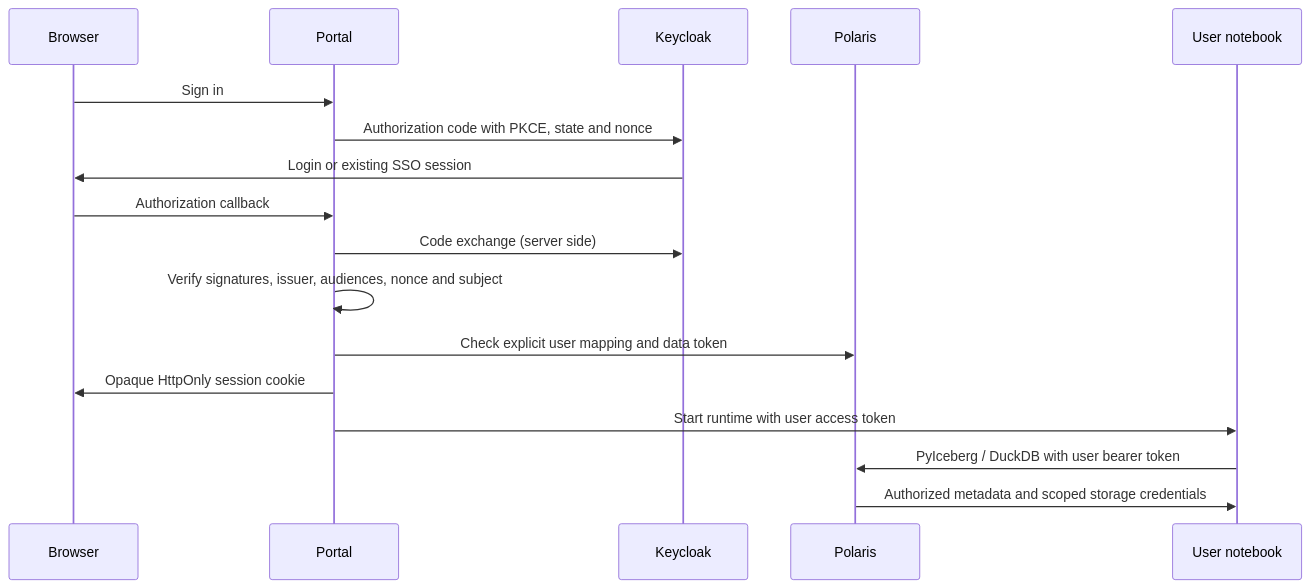
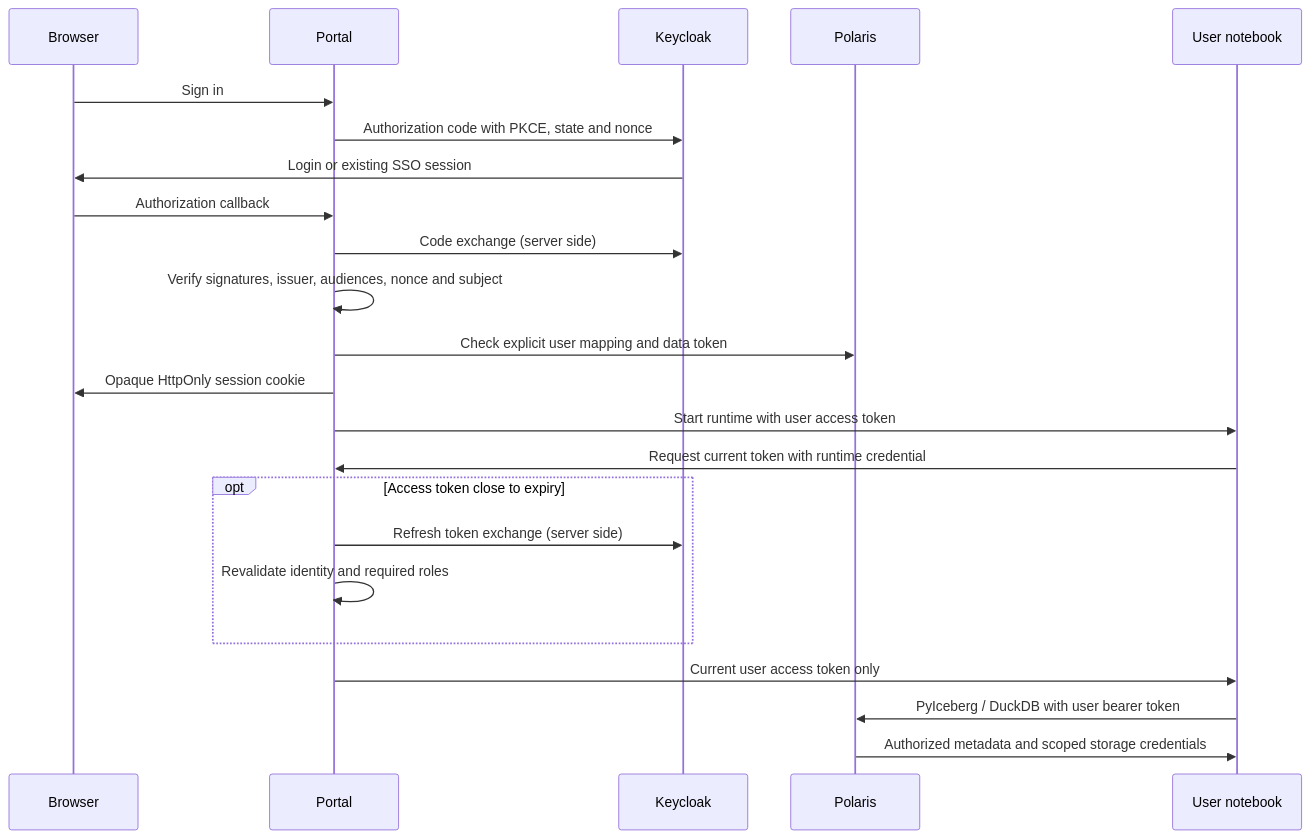
Before and after one commit to sanderdw/iceberg-data-platform: the diagram in docs/keycloak.md, drawn with Mermaid. The commit also changed other lines of this file and 76 other files, not shown here.

````diff
--- a/docs/keycloak.md
+++ b/docs/keycloak.md
@@ -113,19 +119,25 @@
 ```mermaid
 sequenceDiagram
     participant B as Browser
     participant P as Portal
     participant K as Keycloak
     participant C as Polaris
     participant N as User notebook
     B->>P: Sign in
     P->>K: Authorization code with PKCE, state and nonce
     K->>B: Login or existing SSO session
     B->>P: Authorization callback
     P->>K: Code exchange (server side)
     P->>P: Verify signatures, issuer, audiences, nonce and subject
     P->>C: Check explicit user mapping and data token
     P->>B: Opaque HttpOnly session cookie
     P->>N: Start runtime with user access token
+    N->>P: Request current token with runtime credential
+    opt Access token close to expiry
+        P->>K: Refresh token exchange (server side)
+        P->>P: Revalidate identity and required roles
+    end
+    P->>N: Current user access token only
     N->>C: PyIceberg / DuckDB with user bearer token
     C->>N: Authorized metadata and scoped storage credentials
 ```
````
